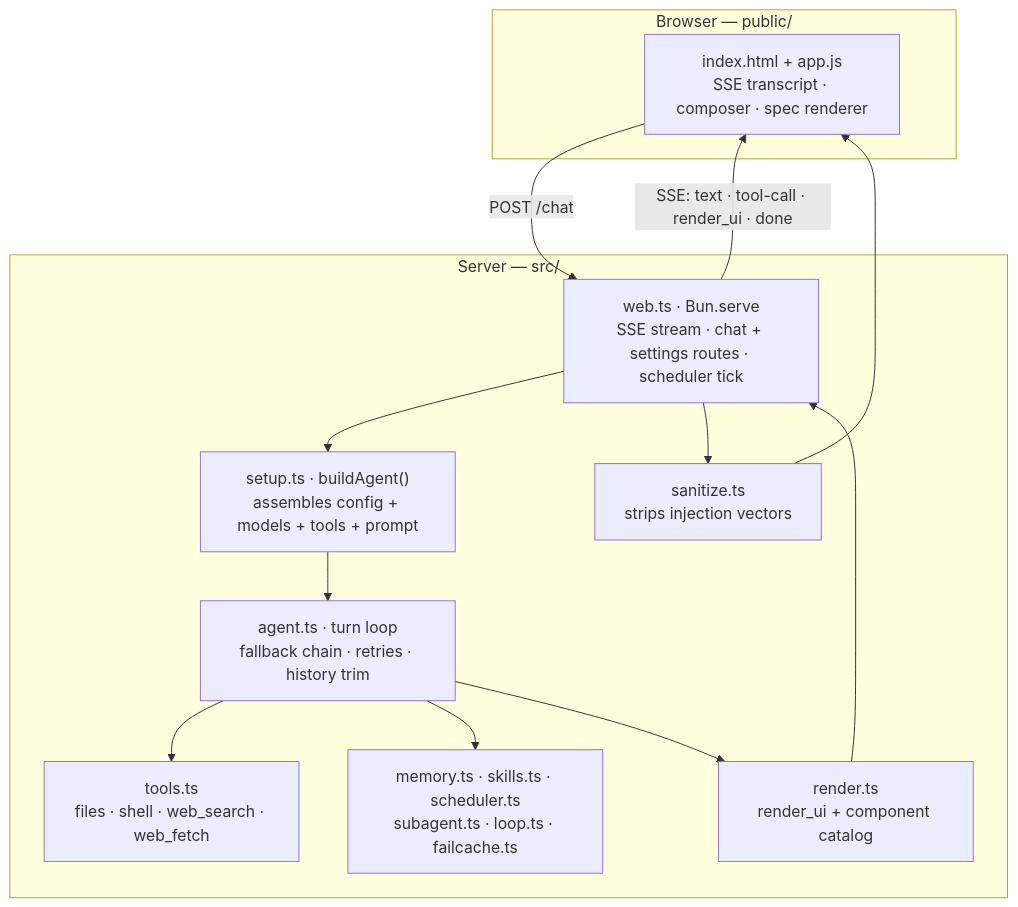
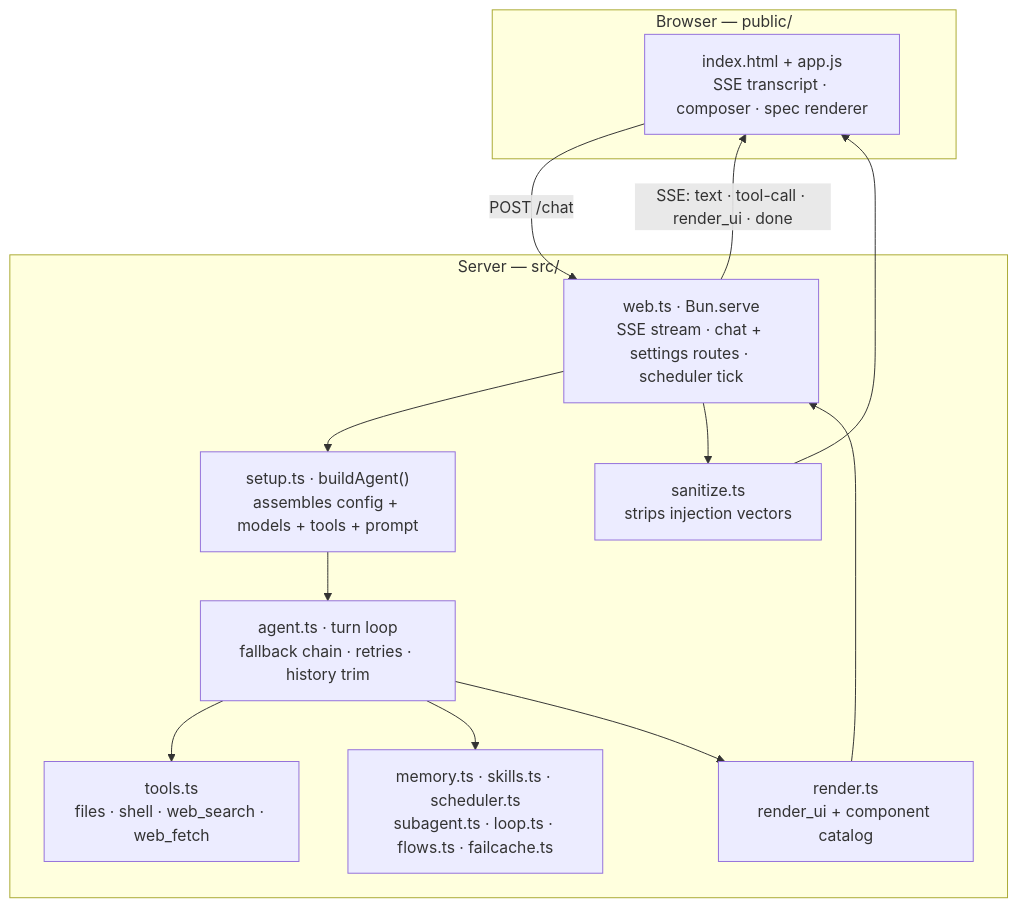
The first of 4 diagrams in README.md (Adhishtanaka/adhd), drawn with Mermaid before and after one commit. The commit also changed other lines of this file and 3 other files, not shown here.

Commit message:
feat: enhance flow management with example seeding and home directory expansion

````diff
--- a/README.md
+++ b/README.md
@@ -20,27 +20,27 @@
 ```mermaid
 flowchart TB
   subgraph browser["Browser — public/"]
     ui["index.html + app.js<br/>SSE transcript · composer · spec renderer"]
   end
 
   subgraph server["Server — src/"]
     web["web.ts · Bun.serve<br/>SSE stream · chat + settings routes · scheduler tick"]
     setup["setup.ts · buildAgent()<br/>assembles config + models + tools + prompt"]
     agent["agent.ts · turn loop<br/>fallback chain · retries · history trim"]
     tools["tools.ts<br/>files · shell · web_search · web_fetch"]
     render["render.ts<br/>render_ui + component catalog"]
-    extra["memory.ts · skills.ts · scheduler.ts<br/>subagent.ts · loop.ts · failcache.ts"]
+    extra["memory.ts · skills.ts · scheduler.ts<br/>subagent.ts · loop.ts · flows.ts · failcache.ts"]
     san["sanitize.ts<br/>strips injection vectors"]
   end
 
   ui -- "POST /chat" --> web
   web -- "SSE: text · tool-call · render_ui · done" --> ui
   web --> setup
   setup --> agent
   agent --> tools
   agent --> extra
   agent --> render
   render --> web
   web --> san
   san --> ui
 ```
````
